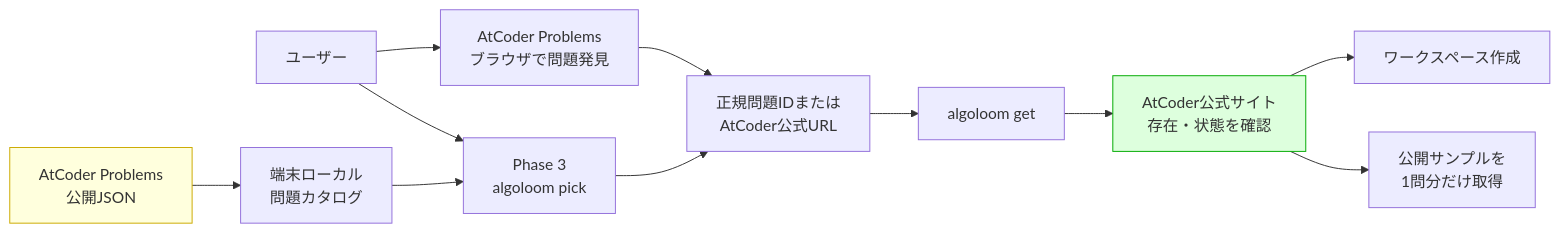
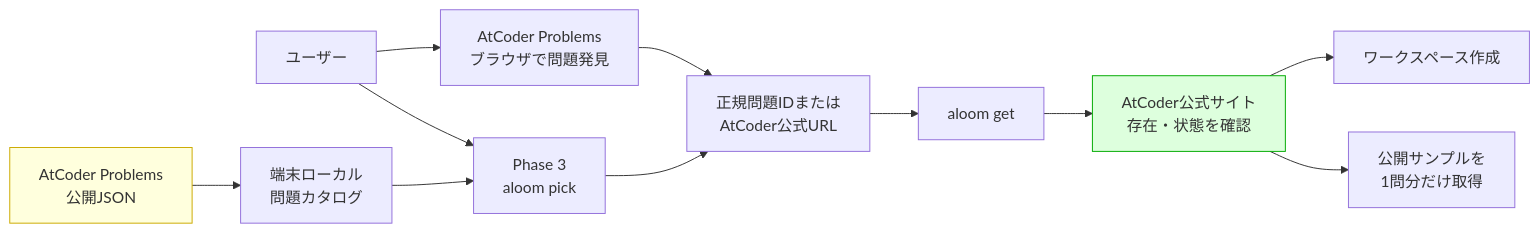
The first of 9 diagrams in design/problem-selection-and-catalog.md (mgmaru/algo-loom), drawn with Mermaid before and after one commit. The commit also changed other lines of this file and 7 other files, not shown here.

````diff
--- a/design/problem-selection-and-catalog.md
+++ b/design/problem-selection-and-catalog.md
@@ -40,19 +40,19 @@
 ```mermaid
 flowchart LR
     U[ユーザー] --> B[AtCoder Problems<br/>ブラウザで問題発見]
-    U --> P[Phase 3<br/>algoloom pick]
+    U --> P[Phase 3<br/>aloom pick]
 
     B --> ID[正規問題IDまたは<br/>AtCoder公式URL]
     P --> ID
 
-    ID --> G[algoloom get]
+    ID --> G[aloom get]
     G --> A[AtCoder公式サイト<br/>存在・状態を確認]
     A --> W[ワークスペース作成]
     A --> S[公開サンプルを<br/>1問分だけ取得]
 
     AP[AtCoder Problems<br/>公開JSON] --> C[端末ローカル<br/>問題カタログ]
     C --> P
 
     style A fill:#dfd,stroke:#0a0
     style AP fill:#ffd,stroke:#ca0
 ```
````
